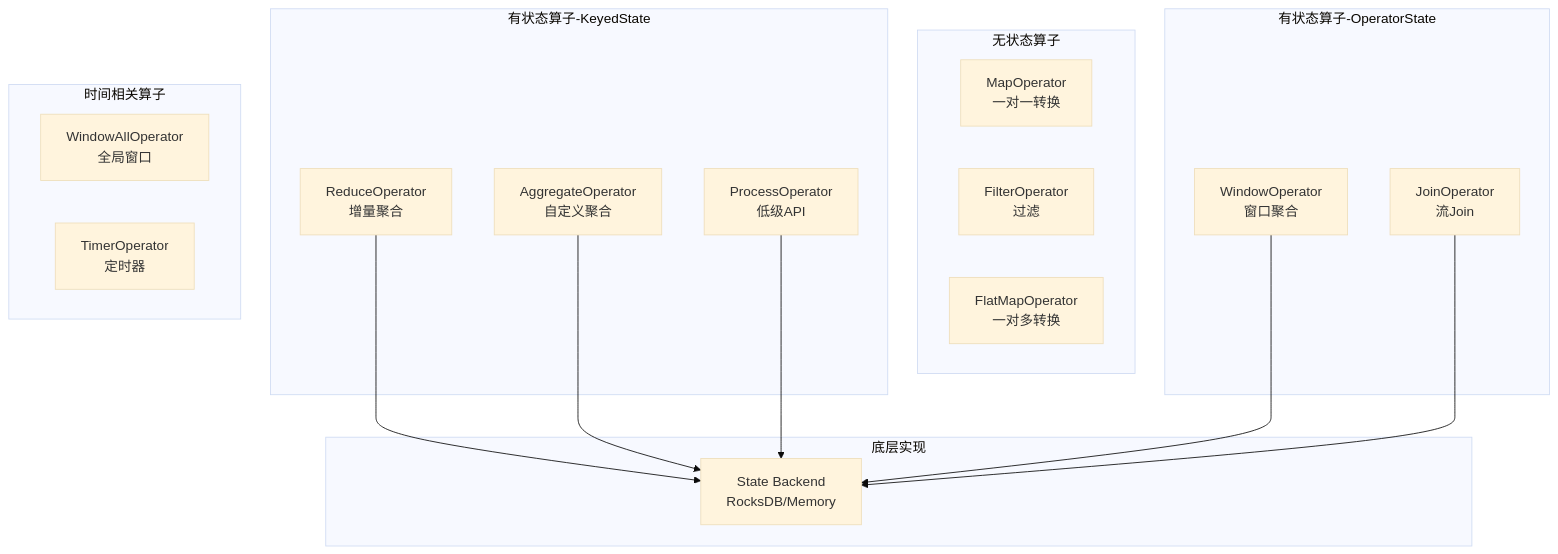
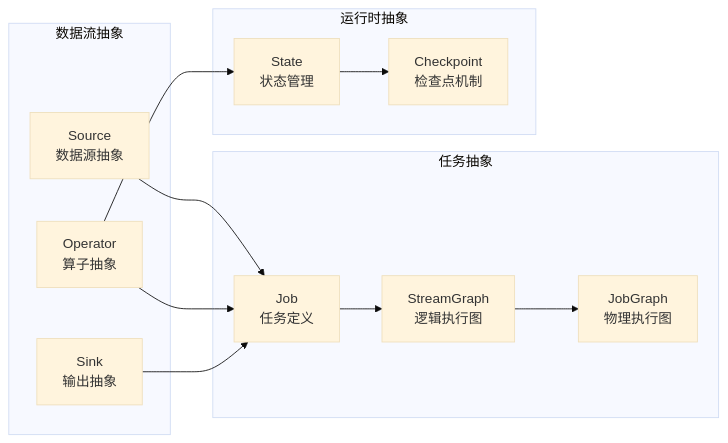
Before and after one commit to 312268112/advanced-java: the second of 23 diagrams in pipeline-framework-design.md, drawn with Mermaid (base theme). The commit also changed other lines of this file, not shown here.

````diff
--- a/pipeline-framework-design.md
+++ b/pipeline-framework-design.md
@@ -547,34 +98,29 @@
 ```mermaid
-graph TB
-    subgraph "无状态算子"
-        Map[MapOperator<br/>一对一转换]
-        Filter[FilterOperator<br/>过滤]
-        FlatMap[FlatMapOperator<br/>一对多转换]
+graph LR
+    subgraph "数据流抽象"
+        Source[Source<br/>数据源抽象]
+        Operator[Operator<br/>算子抽象]
+        Sink[Sink<br/>输出抽象]
     end
     
-    subgraph "有状态算子-KeyedState"
-        Reduce[ReduceOperator<br/>增量聚合]
-        Aggregate[AggregateOperator<br/>自定义聚合]
-        Process[ProcessOperator<br/>低级API]
+    subgraph "任务抽象"
+        Job[Job<br/>任务定义]
+        StreamGraph[StreamGraph<br/>逻辑执行图]
+        JobGraph[JobGraph<br/>物理执行图]
     end
     
-    subgraph "有状态算子-OperatorState"
-        Window[WindowOperator<br/>窗口聚合]
-        Join[JoinOperator<br/>流Join]
+    subgraph "运行时抽象"
+        State[State<br/>状态管理]
+        Checkpoint[Checkpoint<br/>检查点机制]
     end
     
-    subgraph "时间相关算子"
-        WindowAll[WindowAllOperator<br/>全局窗口]
-        Timer[TimerOperator<br/>定时器]
-    end
+    Source --> Job
+    Operator --> Job
+    Sink --> Job
     
-    subgraph "底层实现"
-        State[State Backend<br/>RocksDB/Memory]
-    end
+    Job --> StreamGraph
+    StreamGraph --> JobGraph
     
-    Reduce --> State
-    Aggregate --> State
-    Process --> State
-    Window --> State
-    Join --> State
+    Operator --> State
+    State --> Checkpoint
 ```
````
